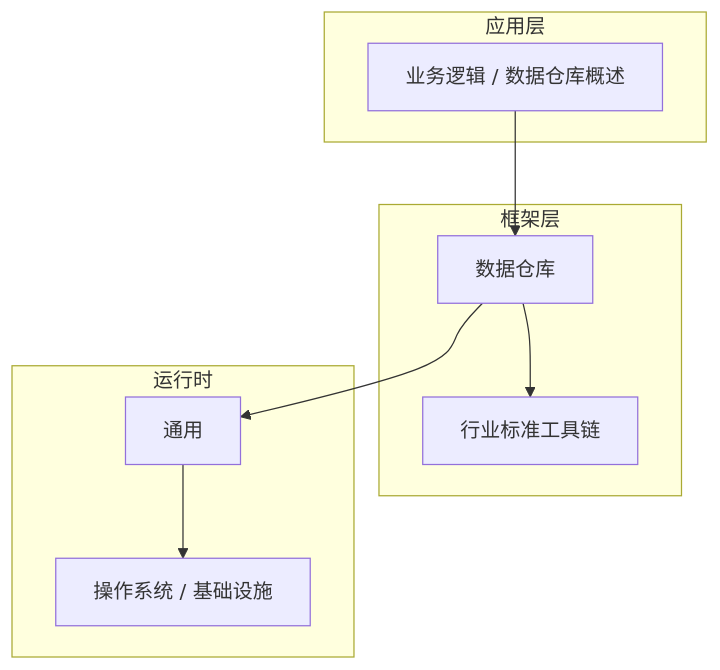
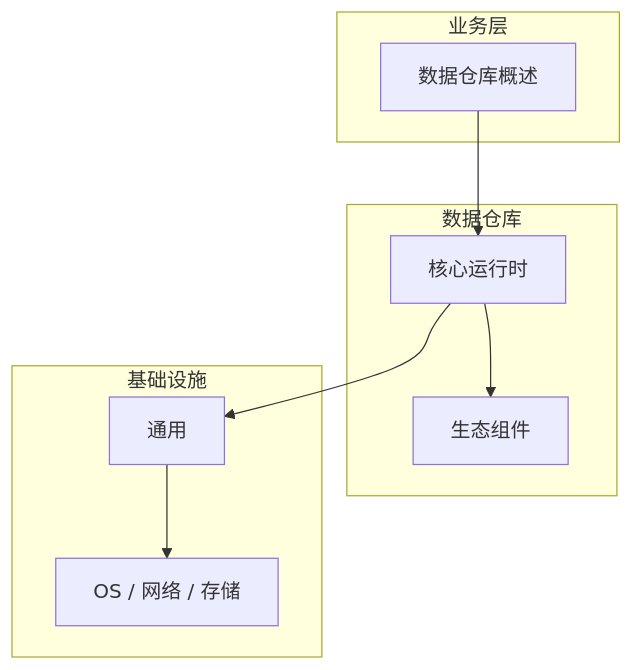
Before and after one commit to yanggan2015/knowledge-json-v2: the diagram in articles/数据仓库/chapters/001-数据仓库概述核心概念与原理.md, drawn with Mermaid. The commit also changed other lines of this file and 10127 other files, not shown here.

````diff
--- a/articles/数据仓库/chapters/001-数据仓库概述核心概念与原理.md
+++ b/articles/数据仓库/chapters/001-数据仓库概述核心概念与原理.md
@@ -45,18 +34,18 @@
 ```mermaid
 graph TB
-    subgraph 应用层
-        A[业务逻辑 / 数据仓库概述]
+    subgraph 业务层
+        A[数据仓库概述]
     end
-    subgraph 框架层
-        B[数据仓库]
-        C[行业标准工具链]
+    subgraph 数据仓库
+        B[核心运行时]
+        C[生态组件]
     end
-    subgraph 运行时
+    subgraph 基础设施
         D[通用]
-        E[操作系统 / 基础设施]
+        E[OS / 网络 / 存储]
     end
     A --> B
     B --> C
     B --> D
     D --> E
 ```
````
